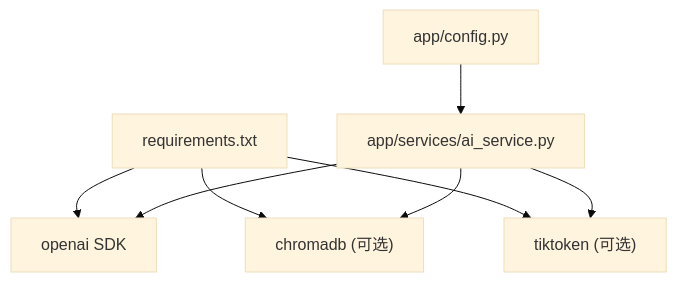
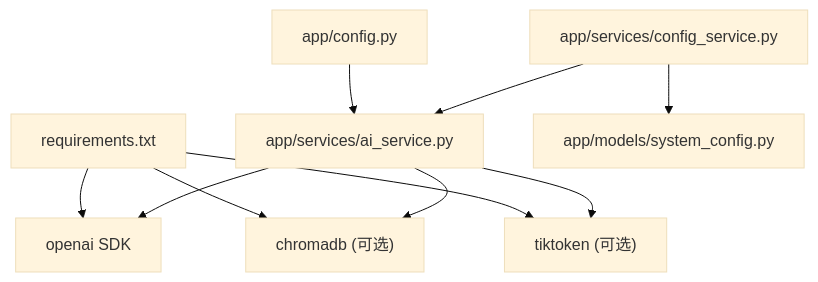
The eighth of 8 diagrams in .qoder/repowiki/zh/content/配置管理/AI服务配置.md (beyondalbert/my_wiki), drawn with Mermaid (base theme) before and after one commit. The commit also changed other lines of this file and 5 other files, not shown here.

````diff
--- a/.qoder/repowiki/zh/content/配置管理/AI服务配置.md
+++ b/.qoder/repowiki/zh/content/配置管理/AI服务配置.md
@@ -344,16 +457,20 @@
 ```mermaid
 graph TB
 REQ["requirements.txt"]
 CFG["app/config.py"]
+CS["app/services/config_service.py"]
 SVC["app/services/ai_service.py"]
 LLM["openai SDK"]
 CHROMA["chromadb (可选)"]
 TIK["tiktoken (可选)"]
+SYS["app/models/system_config.py"]
 REQ --> LLM
 REQ --> CHROMA
 REQ --> TIK
 CFG --> SVC
+CS --> SVC
 SVC --> LLM
 SVC --> CHROMA
 SVC --> TIK
+CS --> SYS
 ```
````
